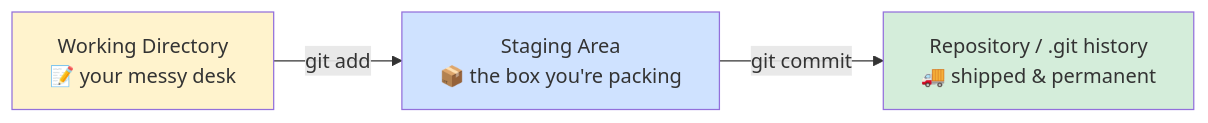
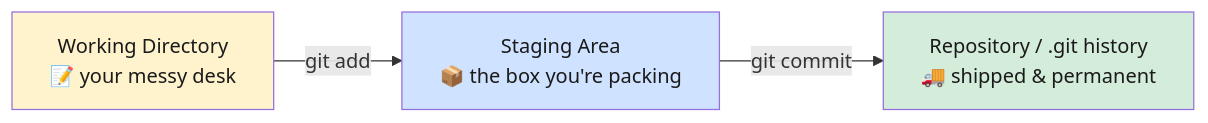
The first of 4 diagrams in 01-git-fundamentals/README.md (ghanendra-sdet/git-tutorials), drawn with Mermaid before and after one commit. The commit also changed other lines of this file and 5 other files, not shown here.

First line of the commit message:
fix: illegible mermaid diagram text in dark mode

````diff
--- a/01-git-fundamentals/README.md
+++ b/01-git-fundamentals/README.md
@@ -98,9 +98,9 @@
 ```mermaid
 graph LR
     A[Working Directory<br/>📝 your messy desk] -->|git add| B[Staging Area<br/>📦 the box you're packing]
     B -->|git commit| C[Repository / .git history<br/>🚚 shipped & permanent]
 
-    style A fill:#fff3cd
-    style B fill:#cfe2ff
-    style C fill:#d4edda
+    style A fill:#fff3cd,color:#1a1a1a
+    style B fill:#cfe2ff,color:#1a1a1a
+    style C fill:#d4edda,color:#1a1a1a
 ```
````
